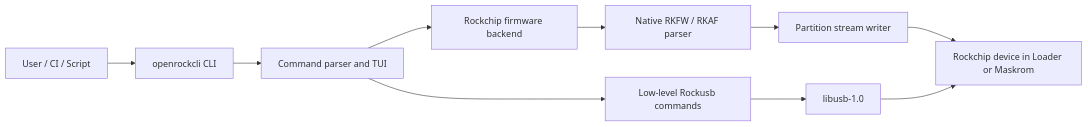
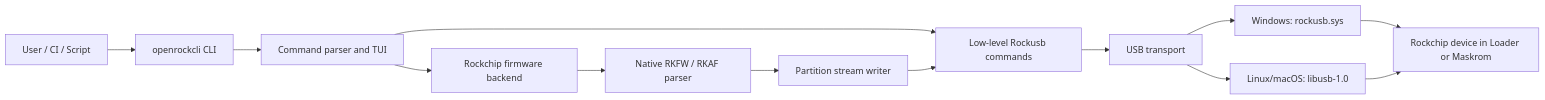
Before and after one commit to dshanpi/openrockcli: the first of 2 diagrams in README.md, drawn with Mermaid. The commit also changed other lines of this file and 33 other files, not shown here.

First line of the commit message:
fix(windows): flash through native Rockusb with negotiated media verification

````diff
--- a/README.md
+++ b/README.md
@@ -22,12 +22,15 @@
 ```mermaid
 flowchart LR
     user[User / CI / Script] --> cli[openrockcli CLI]
     cli --> parser[Command parser and TUI]
     parser --> backend[Rockchip firmware backend]
     parser --> lowlevel[Low-level Rockusb commands]
     backend --> image[Native RKFW / RKAF parser]
     image --> stream[Partition stream writer]
-    lowlevel --> libusb[libusb-1.0]
-    stream --> device[Rockchip device in Loader or Maskrom]
+    stream --> lowlevel
+    lowlevel --> transport[USB transport]
+    transport --> libusb[Linux/macOS: libusb-1.0]
+    transport --> native[Windows: rockusb.sys]
+    native --> device[Rockchip device in Loader or Maskrom]
     libusb --> device
 ```
````
